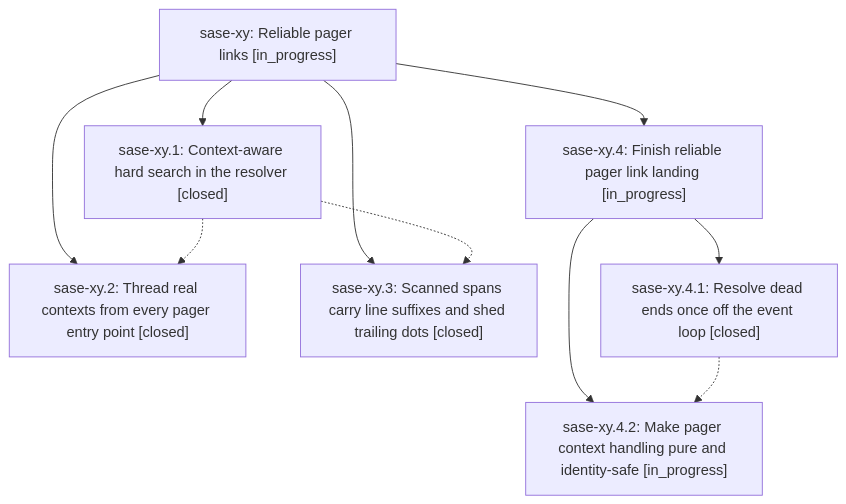
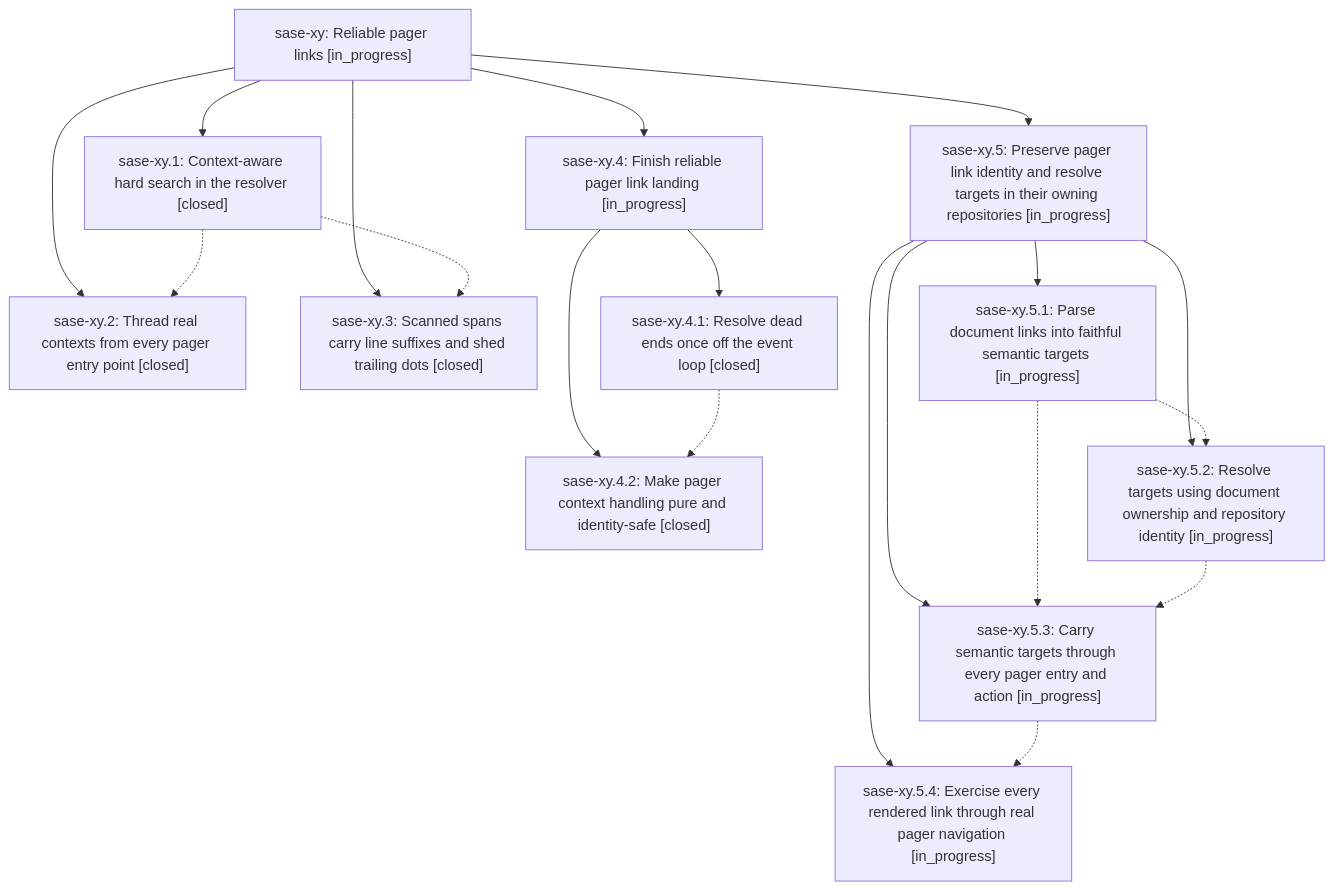
The diagram in pages/sase-xy/README.md (sase-org/sase--beads), drawn with Mermaid before and after one commit. The commit also changed other lines of this file and 7 other files, not shown here.

````diff
--- a/pages/sase-xy/README.md
+++ b/pages/sase-xy/README.md
@@ -40,19 +40,33 @@
 ```mermaid
 flowchart TD
     n0["sase-xy: Reliable pager links [in_progress]"]
     n1["sase-xy.1: Context-aware hard search in the resolver [closed]"]
     n2["sase-xy.2: Thread real contexts from every pager entry point [closed]"]
     n3["sase-xy.3: Scanned spans carry line suffixes and shed trailing dots [closed]"]
     n4["sase-xy.4: Finish reliable pager link landing [in_progress]"]
     n5["sase-xy.4.1: Resolve dead ends once off the event loop [closed]"]
-    n6["sase-xy.4.2: Make pager context handling pure and identity-safe [in_progress]"]
+    n6["sase-xy.4.2: Make pager context handling pure and identity-safe [closed]"]
+    n7["sase-xy.5: Preserve pager link identity and resolve targets in their owning repositories [in_progress]"]
+    n8["sase-xy.5.1: Parse document links into faithful semantic targets [in_progress]"]
+    n9["sase-xy.5.2: Resolve targets using document ownership and repository identity [in_progress]"]
+    n10["sase-xy.5.3: Carry semantic targets through every pager entry and action [in_progress]"]
+    n11["sase-xy.5.4: Exercise every rendered link through real pager navigation [in_progress]"]
     n0 --> n1
     n0 --> n2
     n0 --> n3
     n0 --> n4
     n4 --> n5
     n4 --> n6
+    n0 --> n7
+    n7 --> n8
+    n7 --> n9
+    n7 --> n10
+    n7 --> n11
     n1 -.-> n2
     n1 -.-> n3
     n5 -.-> n6
+    n8 -.-> n9
+    n8 -.-> n10
+    n9 -.-> n10
+    n10 -.-> n11
 ```
````
